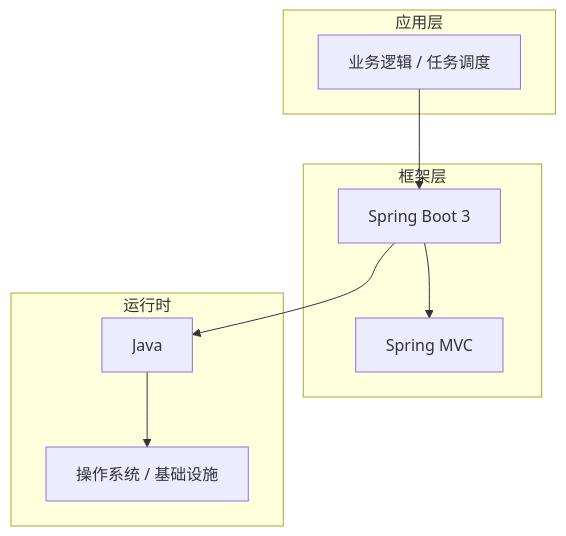
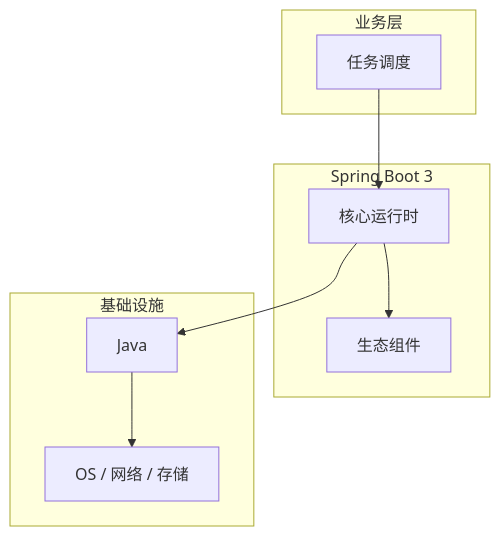
One commit to yanggan2015/knowledge-json-v2 changed the diagram in articles/Spring Boot/chapters/058-任务调度核心概念与原理.md. Above: the diagram before and after it, drawn with Mermaid. The commit also changed other lines of this file and 10127 other files, not shown here.

````diff
--- a/articles/Spring Boot/chapters/058-任务调度核心概念与原理.md
+++ b/articles/Spring Boot/chapters/058-任务调度核心概念与原理.md
@@ -45,18 +34,18 @@
 ```mermaid
 graph TB
-    subgraph 应用层
-        A[业务逻辑 / 任务调度]
+    subgraph 业务层
+        A[任务调度]
     end
-    subgraph 框架层
-        B[Spring Boot 3]
-        C[Spring MVC]
+    subgraph Spring Boot 3
+        B[核心运行时]
+        C[生态组件]
     end
-    subgraph 运行时
+    subgraph 基础设施
         D[Java]
-        E[操作系统 / 基础设施]
+        E[OS / 网络 / 存储]
     end
     A --> B
     B --> C
     B --> D
     D --> E
 ```
````
